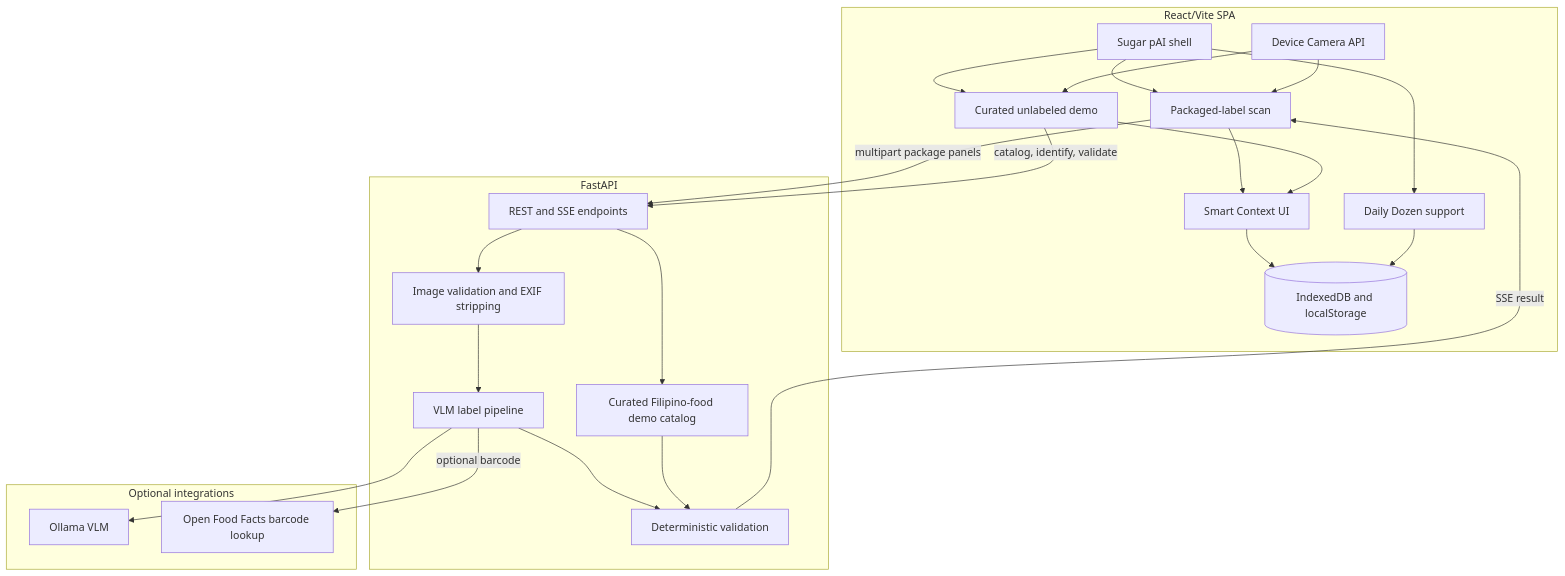
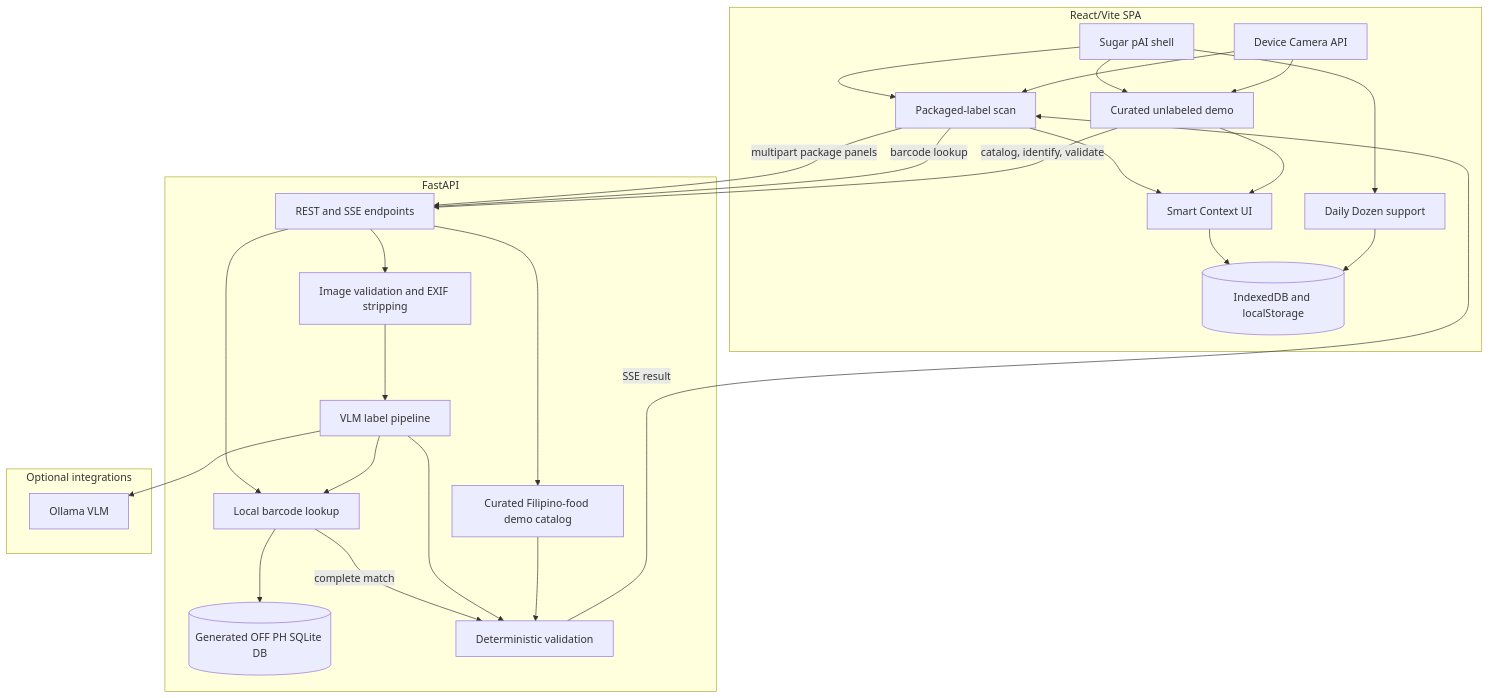
Before and after one commit to aaaaandreiii/NutritionTracker: the first of 2 diagrams in .md/ARCHITECTURE.md, drawn with Mermaid. The commit also changed other lines of this file and 34 other files, not shown here.

First line of the commit message:
feat: implemented Open Food Facts database ingestion

````diff
--- a/.md/ARCHITECTURE.md
+++ b/.md/ARCHITECTURE.md
@@ -7,45 +7,50 @@
 ```mermaid
 graph TD
     subgraph Client [React/Vite SPA]
         Shell[Sugar pAI shell]
         Packaged[Packaged-label scan]
         Unlabeled[Curated unlabeled demo]
         Smart[Smart Context UI]
         Daily[Daily Dozen support]
         Storage[(IndexedDB and localStorage)]
         Camera[Device Camera API]
     end
 
     subgraph Backend [FastAPI]
         API[REST and SSE endpoints]
         Sanitizer[Image validation and EXIF stripping]
+        LocalOFF[(Generated OFF PH SQLite DB)]
+        Barcode[Local barcode lookup]
         Pipeline[VLM label pipeline]
         Validator[Deterministic validation]
         Catalog[Curated Filipino-food demo catalog]
     end
 
     subgraph External [Optional integrations]
         Ollama[Ollama VLM]
-        OFF[Open Food Facts barcode lookup]
     end
 
     Shell --> Packaged
     Shell --> Unlabeled
     Shell --> Daily
     Camera --> Packaged
     Camera --> Unlabeled
     Packaged -->|multipart package panels| API
+    Packaged -->|barcode lookup| API
+    API --> Barcode
+    Barcode --> LocalOFF
+    Barcode -->|complete match| Validator
     API --> Sanitizer
     Sanitizer --> Pipeline
     Pipeline --> Ollama
-    Pipeline -->|optional barcode| OFF
+    Pipeline --> Barcode
     Pipeline --> Validator
     Validator -->|SSE result| Packaged
     Unlabeled -->|catalog, identify, validate| API
     API --> Catalog
     Catalog --> Validator
     Packaged --> Smart
     Unlabeled --> Smart
     Smart --> Storage
     Daily --> Storage
 ```
````
